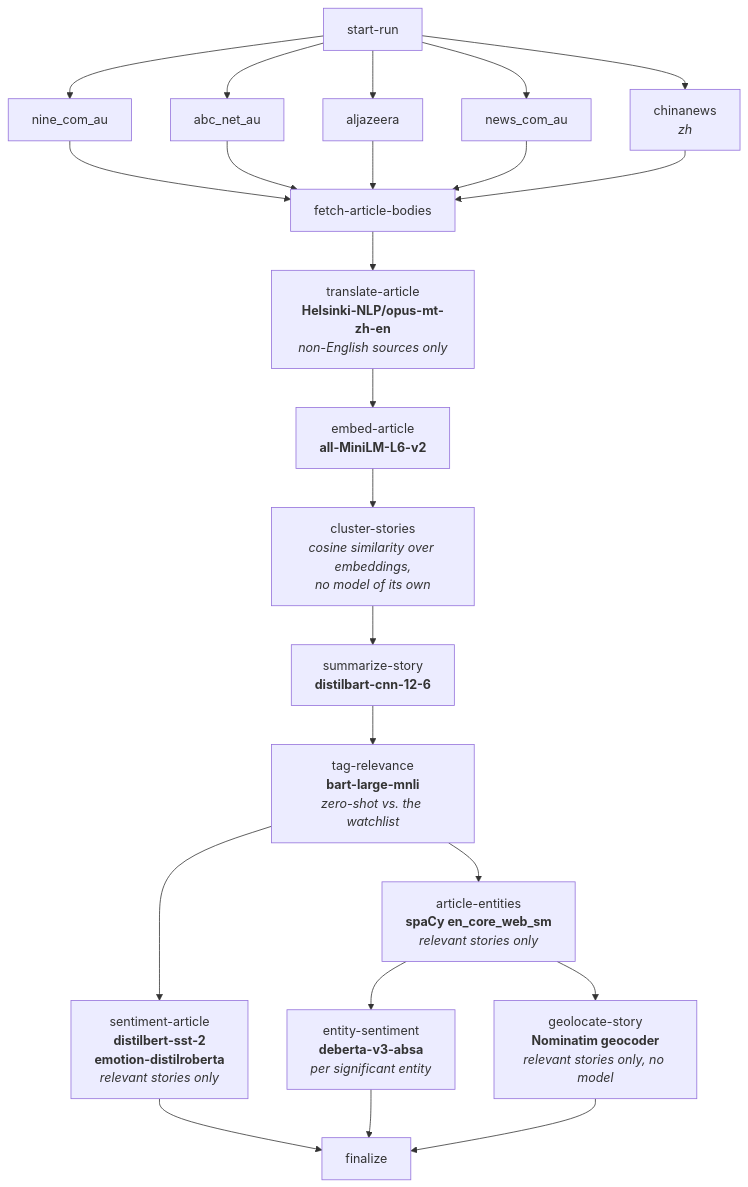
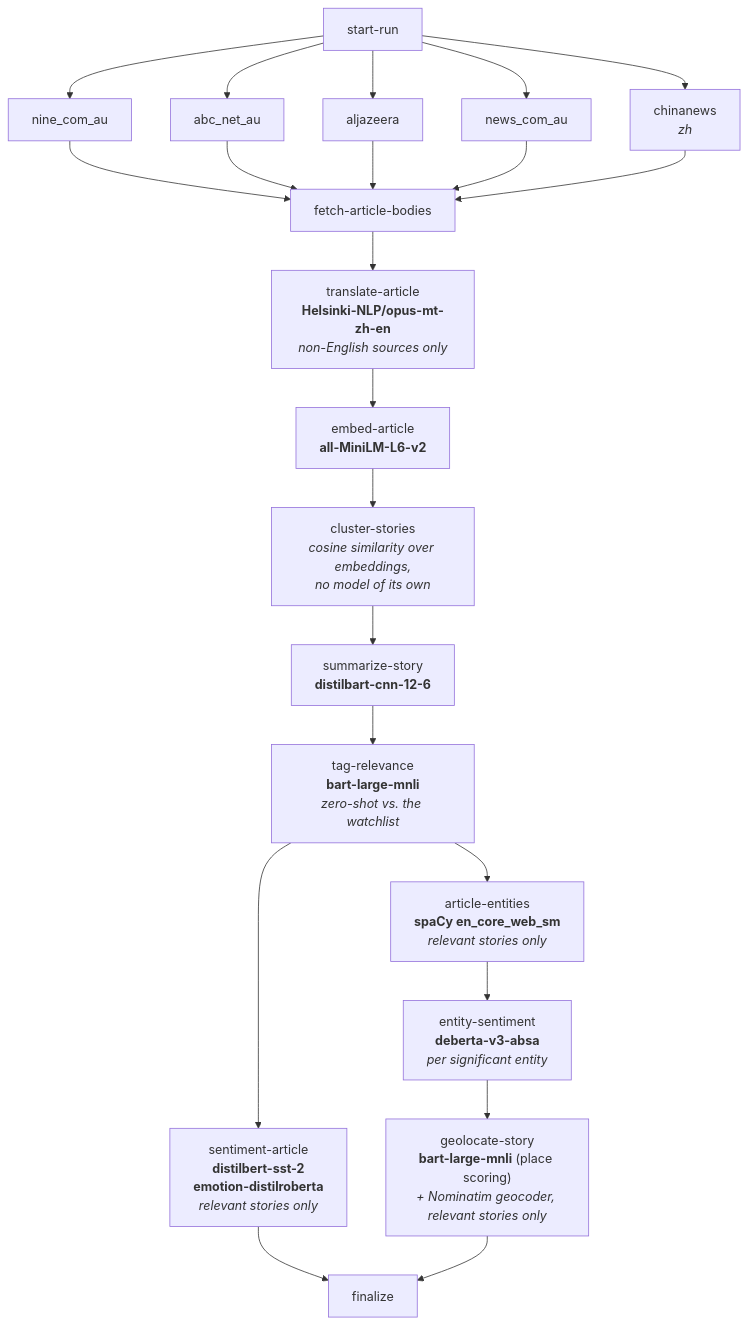
Before and after one commit to HGranger77/myopic: the diagram in README.md, drawn with Mermaid. The commit also changed other lines of this file and 11 other files, not shown here.

First line of the commit message:
geolocate-story: choose places with NLI scoring (bart-large-mnli)

````diff
--- a/README.md
+++ b/README.md
@@ -38,29 +38,28 @@
 ```mermaid
 flowchart TD
     SR[start-run]
 
     D1[nine_com_au]
     D2[abc_net_au]
     D3[aljazeera]
     D4[news_com_au]
     D5["chinanews<br/><i>zh</i>"]
 
     FAB[fetch-article-bodies]
     TA["translate-article<br/><b>Helsinki-NLP/opus-mt-zh-en</b><br/><i>non-English sources only</i>"]
     EA["embed-article<br/><b>all-MiniLM-L6-v2</b>"]
     CS["cluster-stories<br/><i>cosine similarity over embeddings,<br/>no model of its own</i>"]
     SS["summarize-story<br/><b>distilbart-cnn-12-6</b>"]
     TR["tag-relevance<br/><b>bart-large-mnli</b><br/><i>zero-shot vs. the watchlist</i>"]
     SA["sentiment-article<br/><b>distilbert-sst-2</b><br/><b>emotion-distilroberta</b><br/><i>relevant stories only</i>"]
     ART["article-entities<br/><b>spaCy en_core_web_sm</b><br/><i>relevant stories only</i>"]
-    GS["geolocate-story<br/><b>Nominatim geocoder</b><br/><i>relevant stories only, no model</i>"]
+    GS["geolocate-story<br/><b>bart-large-mnli</b> (place scoring)<br/><i>+ Nominatim geocoder, relevant stories only</i>"]
     ES["entity-sentiment<br/><b>deberta-v3-absa</b><br/><i>per significant entity</i>"]
     FIN[finalize]
 
     SR --> D1 & D2 & D3 & D4 & D5
     D1 & D2 & D3 & D4 & D5 --> FAB
     FAB --> TA --> EA --> CS --> SS --> TR
     TR --> SA --> FIN
-    TR --> ART --> ES --> FIN
-    ART --> GS --> FIN
+    TR --> ART --> ES --> GS --> FIN
 ```
````
